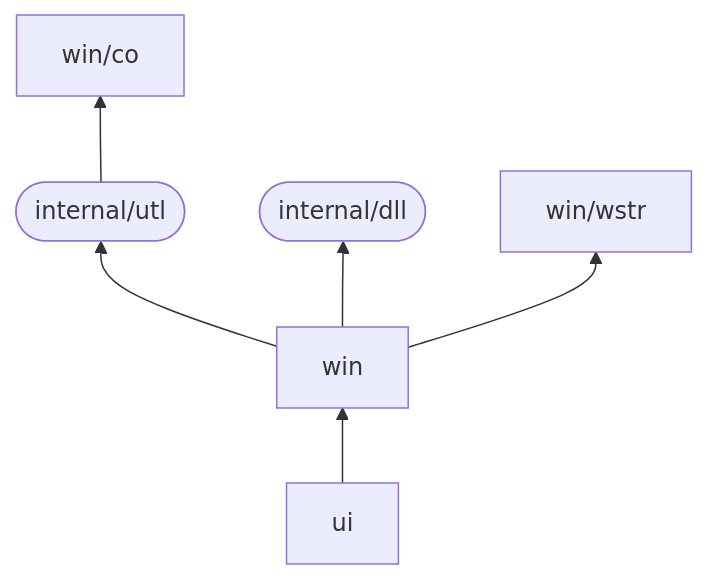
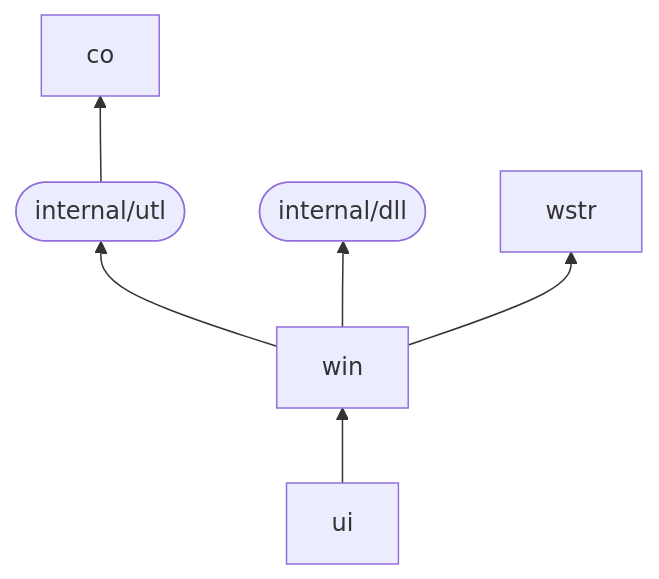
The diagram in README.md (rodrigocfd/windigo), drawn with Mermaid before and after one commit. The commit also changed other lines of this file and 196 other files, not shown here.

````diff
--- a/README.md
+++ b/README.md
@@ -389,8 +384,8 @@
 ```mermaid
 flowchart BT
-    internal/utl([internal/utl]) --> win/co
+    internal/utl([internal/utl]) --> co
     ui --> win
     win --> internal/dll([internal/dll])
     win --> internal/utl
-    win --> win/wstr
+    win --> wstr
 ```
````
